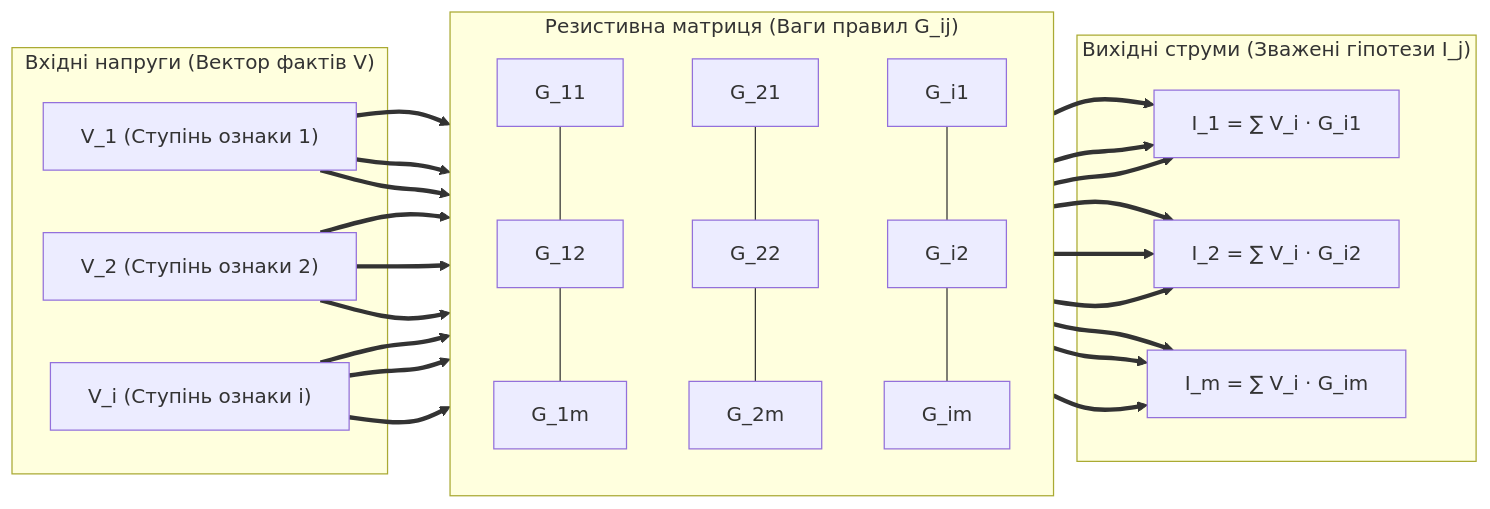
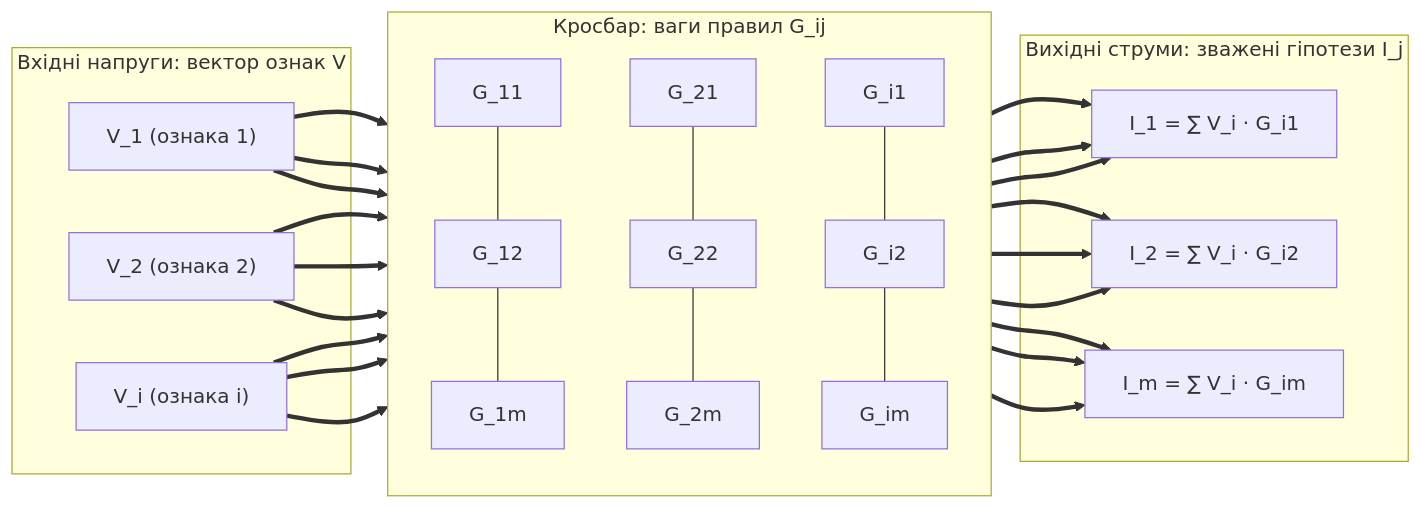
One commit to nick-fedchik/articles changed the first of 6 diagrams in ExpertSystem/appendix-d-analog-expert-systems-and-neuromorphic-computing.md. Above: the diagram before and after it, drawn with Mermaid. The commit also changed other lines of this file, not shown here.

````diff
--- a/ExpertSystem/appendix-d-analog-expert-systems-and-neuromorphic-computing.md
+++ b/ExpertSystem/appendix-d-analog-expert-systems-and-neuromorphic-computing.md
@@ -75,32 +29,32 @@
 ```mermaid
 flowchart LR
     accTitle: Аналогове множення вектора на матрицю за законами Кірхгофа
-    accDescr: Вхідні напруги перетворюються на струми провідностями та підсумовуються на лініях стовпців.
+    accDescr: Вхідні напруги перетворюються на струми провідностями елементів і підсумовуються на лініях стовпців.
 
-    subgraph Inputs["Вхідні напруги (Вектор фактів V)"]
-        V1["V_1 (Ступінь ознаки 1)"]
-        V2["V_2 (Ступінь ознаки 2)"]
-        Vi["V_i (Ступінь ознаки i)"]
+    subgraph Inputs["Вхідні напруги: вектор ознак V"]
+        V1["V_1 (ознака 1)"]
+        V2["V_2 (ознака 2)"]
+        Vi["V_i (ознака i)"]
     end
 
-    subgraph Crossbar["Резистивна матриця (Ваги правил G_ij)"]
+    subgraph Crossbar["Кросбар: ваги правил G_ij"]
         direction TB
         G11["G_11"] --- G12["G_12"] --- G1m["G_1m"]
         G21["G_21"] --- G22["G_22"] --- G2m["G_2m"]
         Gi1["G_i1"] --- Gi2["G_i2"] --- Gim["G_im"]
     end
 
-    subgraph Outputs["Вихідні струми (Зважені гіпотези I_j)"]
+    subgraph Outputs["Вихідні струми: зважені гіпотези I_j"]
         I1["I_1 = ∑ V_i · G_i1"]
         I2["I_2 = ∑ V_i · G_i2"]
         Im["I_m = ∑ V_i · G_im"]
     end
 
     V1 ==> G11 & G12 & G1m
     V2 ==> G21 & G22 & G2m
     Vi ==> Gi1 & Gi2 & Gim
 
     G11 & G21 & Gi1 ==> I1
     G12 & G22 & Gi2 ==> I2
     G1m & G2m & Gim ==> Im
 ```
````
